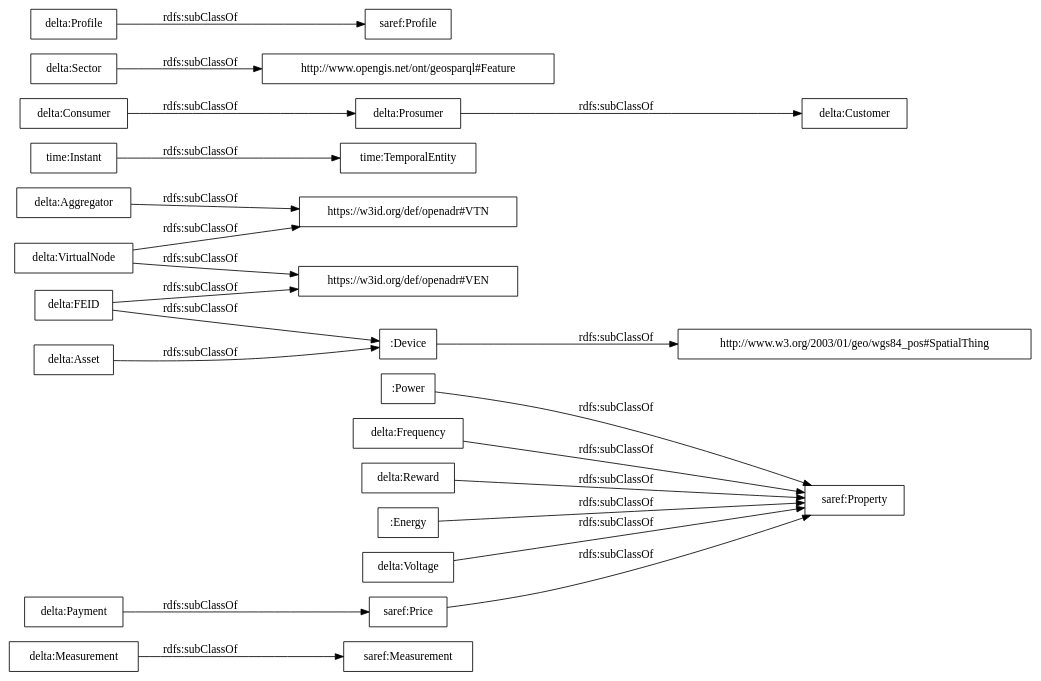
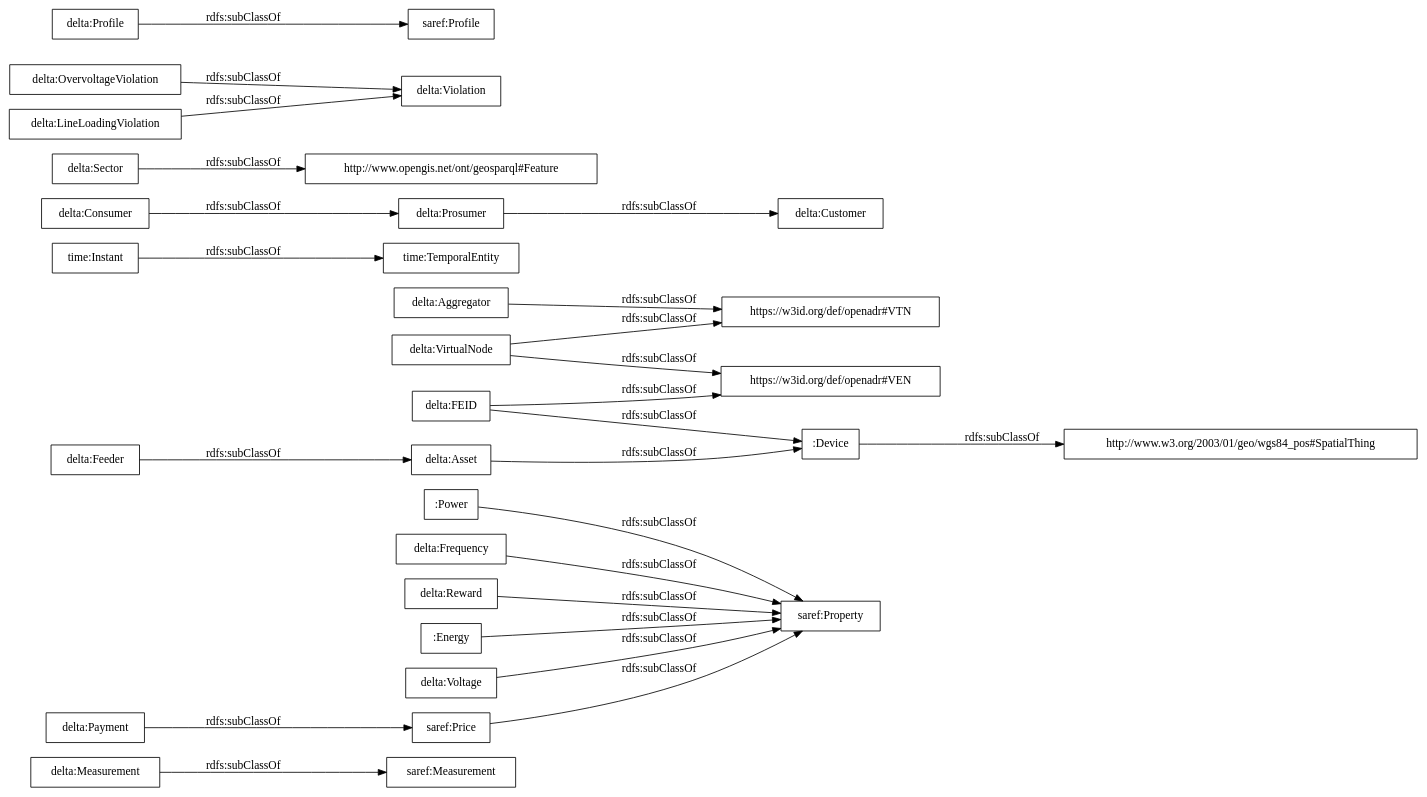
The diagram in OnToology/ontology/delta.ttl/diagrams/ar2dtool-taxonomy/delta.ttl.png.dot (oeg-upm/delta-ontology), drawn with Graphviz before and after one commit. The commit also changed 26 other files, not shown here.

```diff
--- a/OnToology/ontology/delta.ttl/diagrams/ar2dtool-taxonomy/delta.ttl.png.dot
+++ b/OnToology/ontology/delta.ttl/diagrams/ar2dtool-taxonomy/delta.ttl.png.dot
@@ -1,26 +1,29 @@
 digraph ar2dtool_diagram { 
 rankdir=LR;
 size="1000"
-node [shape = rectangle, color="black"]; "saref:Measurement" "saref:Price" "https://w3id.org/def/openadr#VEN" ":Power" "time:Instant" "delta:Frequency" "delta:Customer" "delta:VirtualNode" "delta:Sector" "https://w3id.org/def/openadr#VTN" "delta:Consumer" "delta:Aggregator" "delta:Measurement" "http://www.w3.org/2003/01/geo/wgs84_pos#SpatialThing" "delta:Prosumer" "delta:Reward" ":Energy" "time:TemporalEntity" "saref:Profile" "delta:Asset" "http://www.opengis.net/ont/geosparql#Feature" "delta:Voltage" "delta:Profile" "delta:FEID" "saref:Property" "delta:Payment" ":Device" ; /*classes style*/
+node [shape = rectangle, color="black"]; "saref:Measurement" "saref:Price" "https://w3id.org/def/openadr#VEN" ":Power" "time:Instant" "delta:Frequency" "delta:Customer" "delta:VirtualNode" "delta:Sector" "delta:OvervoltageViolation" "https://w3id.org/def/openadr#VTN" "delta:LineLoadingViolation" "delta:Violation" "delta:Consumer" "delta:Aggregator" "delta:Measurement" "http://www.w3.org/2003/01/geo/wgs84_pos#SpatialThing" "delta:Prosumer" "delta:Feeder" "delta:Reward" ":Energy" "time:TemporalEntity" "saref:Profile" "delta:Asset" "http://www.opengis.net/ont/geosparql#Feature" "delta:Voltage" "delta:Profile" "saref:Property" "delta:FEID" "delta:Payment" ":Device" ; /*classes style*/
 	"delta:Payment" -> "saref:Price" [ label = "rdfs:subClassOf" ];
+	"delta:LineLoadingViolation" -> "delta:Violation" [ label = "rdfs:subClassOf" ];
+	"delta:Feeder" -> "delta:Asset" [ label = "rdfs:subClassOf" ];
 	"delta:Measurement" -> "saref:Measurement" [ label = "rdfs:subClassOf" ];
 	"delta:VirtualNode" -> "https://w3id.org/def/openadr#VTN" [ label = "rdfs:subClassOf" ];
 	"delta:VirtualNode" -> "https://w3id.org/def/openadr#VEN" [ label = "rdfs:subClassOf" ];
 	":Device" -> "http://www.w3.org/2003/01/geo/wgs84_pos#SpatialThing" [ label = "rdfs:subClassOf" ];
 	"delta:Voltage" -> "saref:Property" [ label = "rdfs:subClassOf" ];
 	"saref:Price" -> "saref:Property" [ label = "rdfs:subClassOf" ];
 	"delta:Sector" -> "http://www.opengis.net/ont/geosparql#Feature" [ label = "rdfs:subClassOf" ];
 	"delta:Aggregator" -> "https://w3id.org/def/openadr#VTN" [ label = "rdfs:subClassOf" ];
 	":Energy" -> "saref:Property" [ label = "rdfs:subClassOf" ];
+	"delta:OvervoltageViolation" -> "delta:Violation" [ label = "rdfs:subClassOf" ];
 	"delta:FEID" -> ":Device" [ label = "rdfs:subClassOf" ];
 	"delta:FEID" -> "https://w3id.org/def/openadr#VEN" [ label = "rdfs:subClassOf" ];
 	":Power" -> "saref:Property" [ label = "rdfs:subClassOf" ];
 	"delta:Asset" -> ":Device" [ label = "rdfs:subClassOf" ];
 	"delta:Frequency" -> "saref:Property" [ label = "rdfs:subClassOf" ];
 	"delta:Prosumer" -> "delta:Customer" [ label = "rdfs:subClassOf" ];
 	"time:Instant" -> "time:TemporalEntity" [ label = "rdfs:subClassOf" ];
 	"delta:Profile" -> "saref:Profile" [ label = "rdfs:subClassOf" ];
 	"delta:Consumer" -> "delta:Prosumer" [ label = "rdfs:subClassOf" ];
 	"delta:Reward" -> "saref:Property" [ label = "rdfs:subClassOf" ];
 
 }
```
